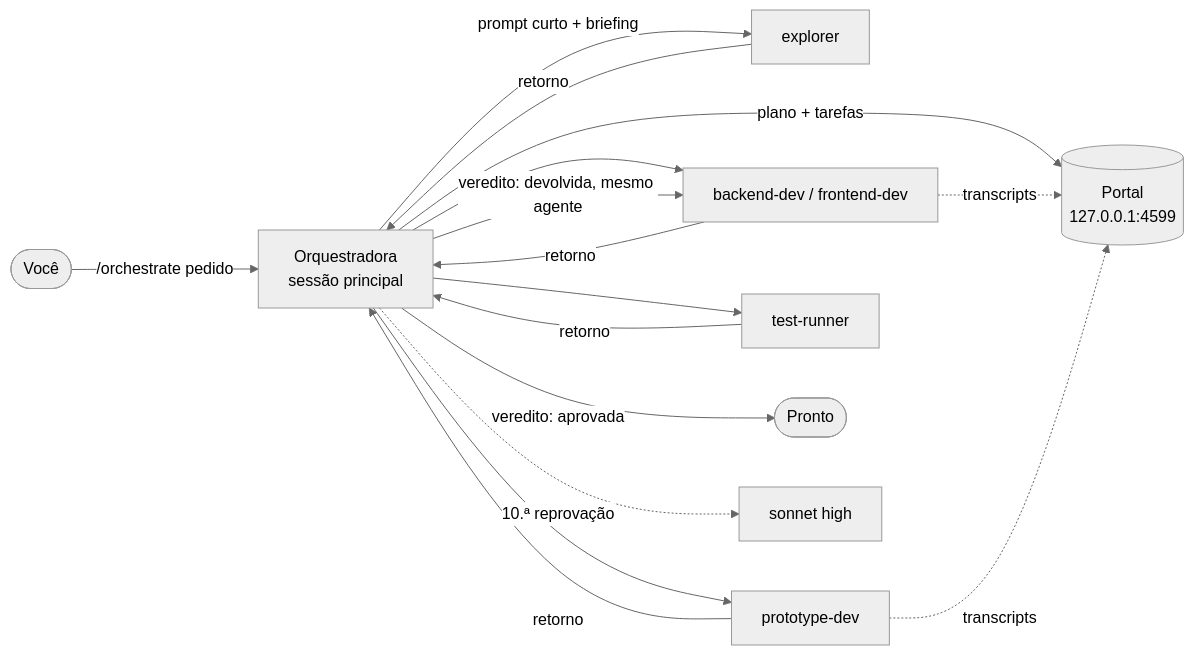
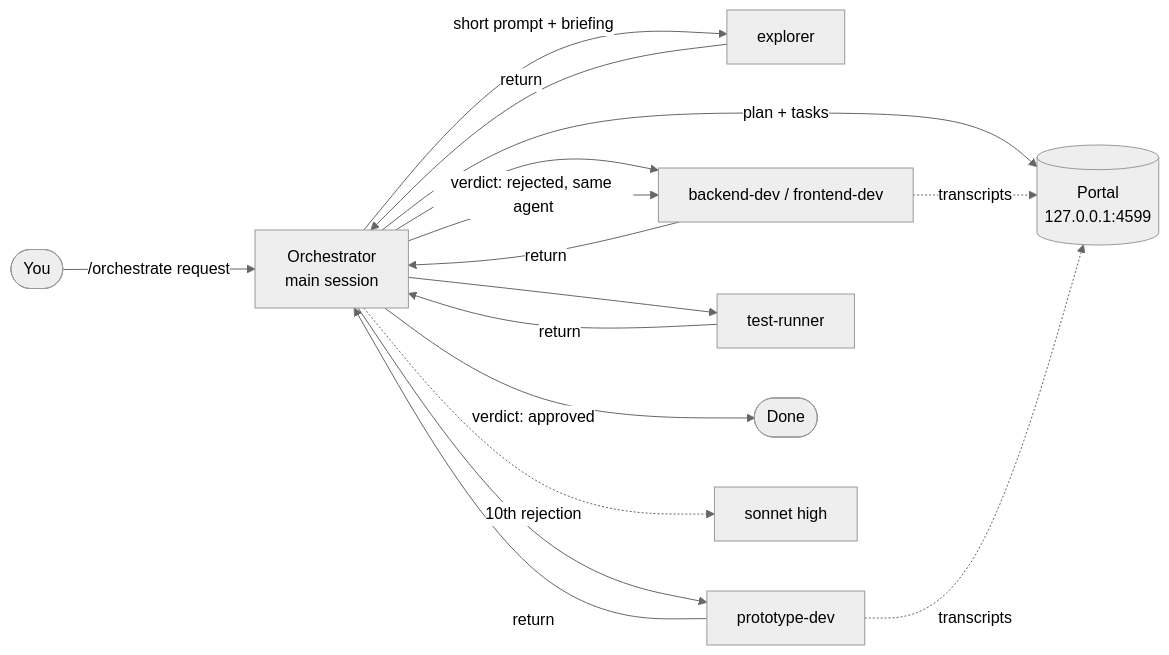
One commit to edilsonvilarinho/orchestrator changed the diagram in README.md. Above: the diagram before and after it, drawn with Mermaid (neutral theme). The commit also changed other lines of this file and 2 other files, not shown here.

````diff
--- a/README.md
+++ b/README.md
@@ -22,14 +22,14 @@
 ```mermaid
 flowchart LR
-    U([Você]) -->|/orchestrate pedido| O[Orquestradora<br/>sessão principal]
-    O -->|plano + tarefas| P[(Portal<br/>127.0.0.1:4599)]
-    O -->|prompt curto + briefing| A1[explorer]
+    U([You]) -->|/orchestrate request| O[Orchestrator<br/>main session]
+    O -->|plan + tasks| P[(Portal<br/>127.0.0.1:4599)]
+    O -->|short prompt + briefing| A1[explorer]
     O --> A2[backend-dev / frontend-dev]
     O --> A3[prototype-dev]
     O --> A4[test-runner]
-    A1 & A2 & A3 & A4 -->|retorno| O
-    O -->|veredito: aprovada| D([Pronto])
-    O -->|veredito: devolvida, mesmo agente| A2
-    O -.->|10.ª reprovação| S[sonnet high]
+    A1 & A2 & A3 & A4 -->|return| O
+    O -->|verdict: approved| D([Done])
+    O -->|verdict: rejected, same agent| A2
+    O -.->|10th rejection| S[sonnet high]
     A2 & A3 -.->|transcripts| P
 ```
````
